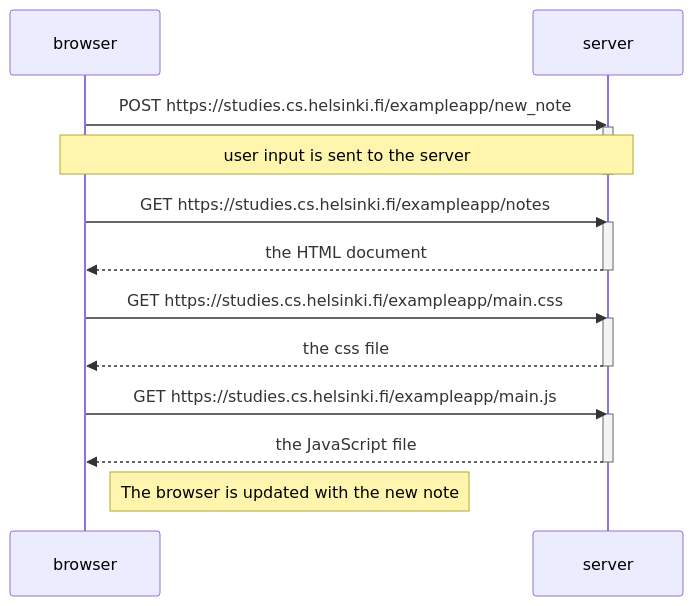
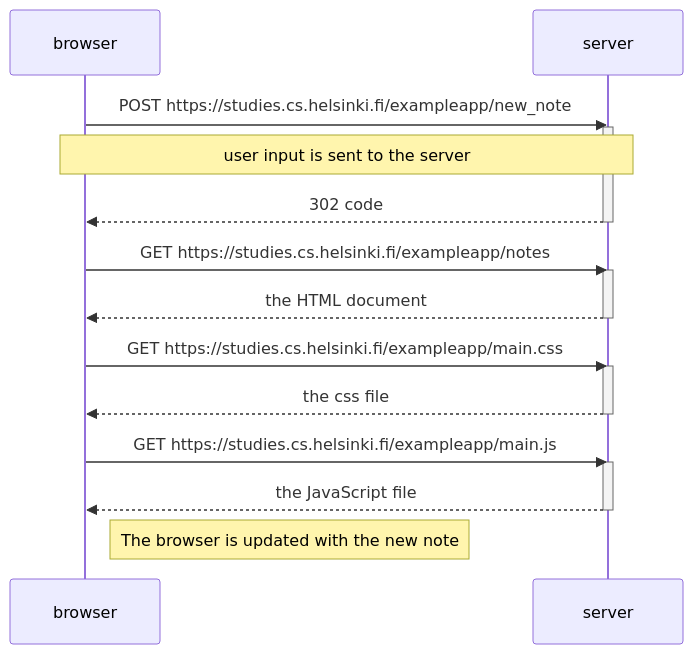
Before and after one commit to connorstratton/Full-Stack-Open: the diagram in part0/ex0-4.md, drawn with Mermaid.

````diff
--- a/part0/ex0-4.md
+++ b/part0/ex0-4.md
@@ -3,27 +3,28 @@
 ```mermaid
 sequenceDiagram
     participant browser
     participant server
 
   browser->>server: POST https://studies.cs.helsinki.fi/exampleapp/new_note
   activate server
   Note over browser,server: user input is sent to the server
+  server-->>browser: 302 code
   deactivate server
   
   browser->>server: GET https://studies.cs.helsinki.fi/exampleapp/notes
   activate server
   server-->>browser: the HTML document
   deactivate server
   
   browser->>server: GET https://studies.cs.helsinki.fi/exampleapp/main.css
   activate server
   server-->>browser: the css file
   deactivate server
   
   browser->>server: GET https://studies.cs.helsinki.fi/exampleapp/main.js
   activate server
   server-->>browser: the JavaScript file
   deactivate server
 
   Note right of browser: The browser is updated with the new note
 ```
````
